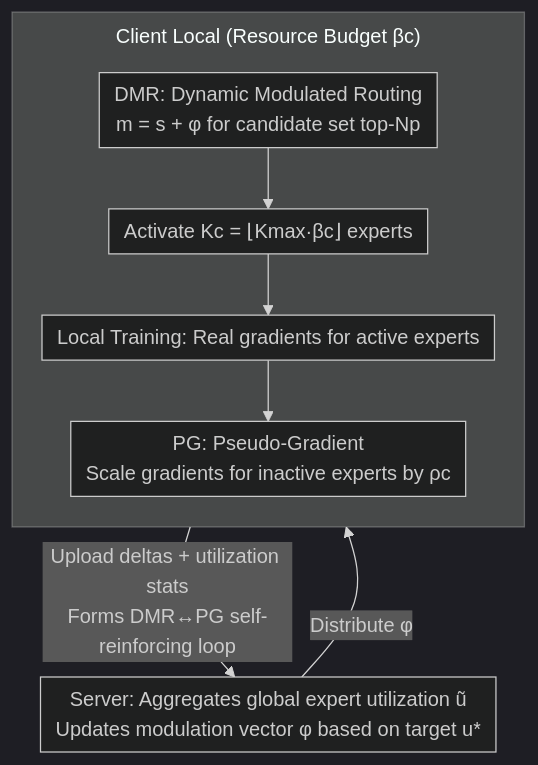
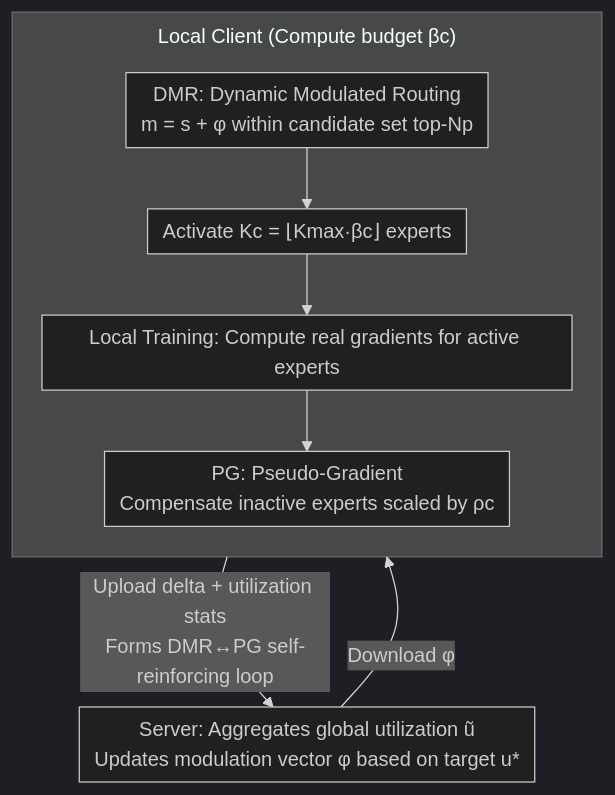
Before and after one commit to zhaoyang97/Paper-Notes-en: the diagram in docs/ICML2026/model_compression/ub-smoe_universally_balanced_sparse_mixture-of-experts_for_resource-adaptive_fed.md, drawn with Mermaid (dark theme). The commit also changed other lines of this file and 5084 other files, not shown here.

````diff
--- a/docs/ICML2026/model_compression/ub-smoe_universally_balanced_sparse_mixture-of-experts_for_resource-adaptive_fed.md
+++ b/docs/ICML2026/model_compression/ub-smoe_universally_balanced_sparse_mixture-of-experts_for_resource-adaptive_fed.md
@@ -43,14 +44,14 @@
 ```mermaid
 %%{init: {'flowchart': {'rankSpacing': 24, 'nodeSpacing': 28, 'padding': 6, 'wrappingWidth': 400, 'subGraphTitleMargin': {'top': 8, 'bottom': 16}}}}%%
 flowchart TD
-    S["Server: Aggregates global expert utilization ũ<br/>Updates modulation vector φ based on target u*"]
-    S -->|Distribute φ| R
-    subgraph CLIENT["Client Local (Resource Budget βc)"]
+    S["Server: Aggregates global utilization ũ<br/>Updates modulation vector φ based on target u*"]
+    S -->|Download φ| R
+    subgraph CLIENT["Local Client (Compute budget βc)"]
         direction TB
-        R["DMR: Dynamic Modulated Routing<br/>m = s + φ for candidate set top-Np"]
+        R["DMR: Dynamic Modulated Routing<br/>m = s + φ within candidate set top-Np"]
         R --> K["Activate Kc = ⌊Kmax·βc⌋ experts"]
-        K --> T["Local Training: Real gradients for active experts"]
-        T --> P["PG: Pseudo-Gradient<br/>Scale gradients for inactive experts by ρc"]
+        K --> T["Local Training: Compute real gradients for active experts"]
+        T --> P["PG: Pseudo-Gradient<br/>Compensate inactive experts scaled by ρc"]
     end
-    P -->|Upload deltas + utilization stats<br/>Forms DMR↔PG self-reinforcing loop| S
+    P -->|Upload delta + utilization stats<br/>Forms DMR↔PG self-reinforcing loop| S
 ```
````
